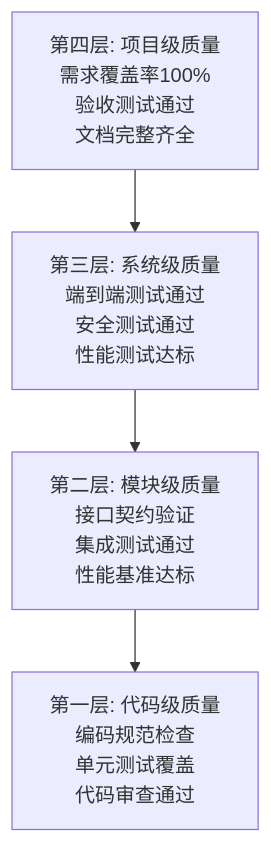
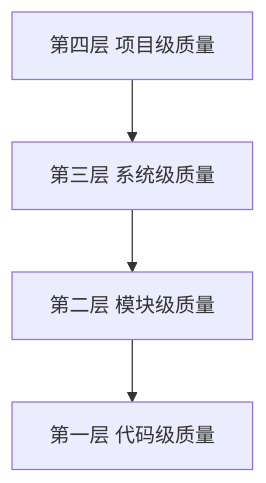
Before and after one commit to winyeahs/opd: the fifth of 6 diagrams in README.md, drawn with Mermaid. The commit also changed other lines of this file and 8 other files, not shown here.

````diff
--- a/README.md
+++ b/README.md
@@ -145,9 +140,9 @@
 ```mermaid
 graph TB
-    L4[第四层: 项目级质量<br/>需求覆盖率100%<br/>验收测试通过<br/>文档完整齐全]
-    L3[第三层: 系统级质量<br/>端到端测试通过<br/>安全测试通过<br/>性能测试达标]
-    L2[第二层: 模块级质量<br/>接口契约验证<br/>集成测试通过<br/>性能基准达标]
-    L1[第一层: 代码级质量<br/>编码规范检查<br/>单元测试覆盖<br/>代码审查通过]
+    L4[第四层 项目级质量]
+    L3[第三层 系统级质量]
+    L2[第二层 模块级质量]
+    L1[第一层 代码级质量]
     
     L4 --> L3 --> L2 --> L1
 ```
````
